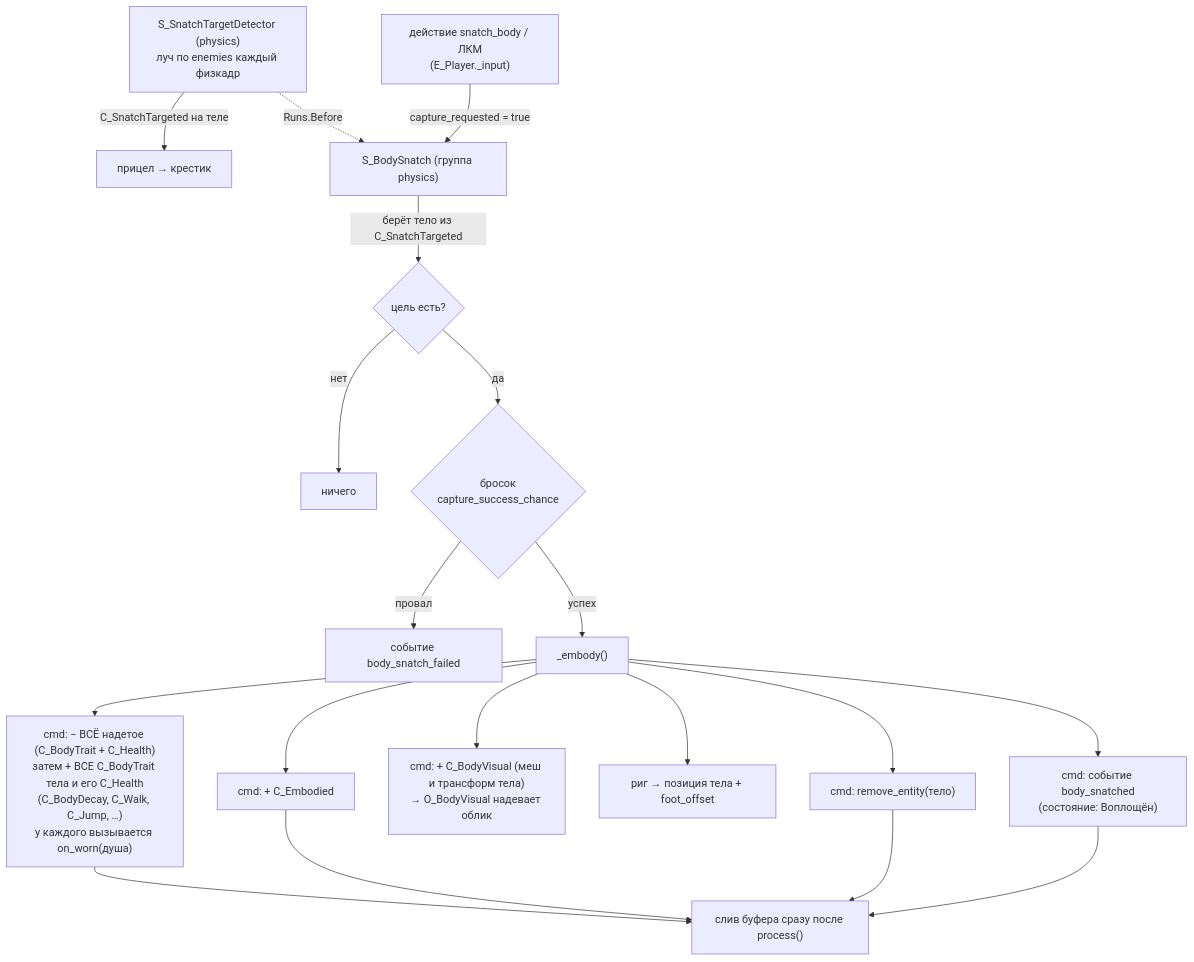
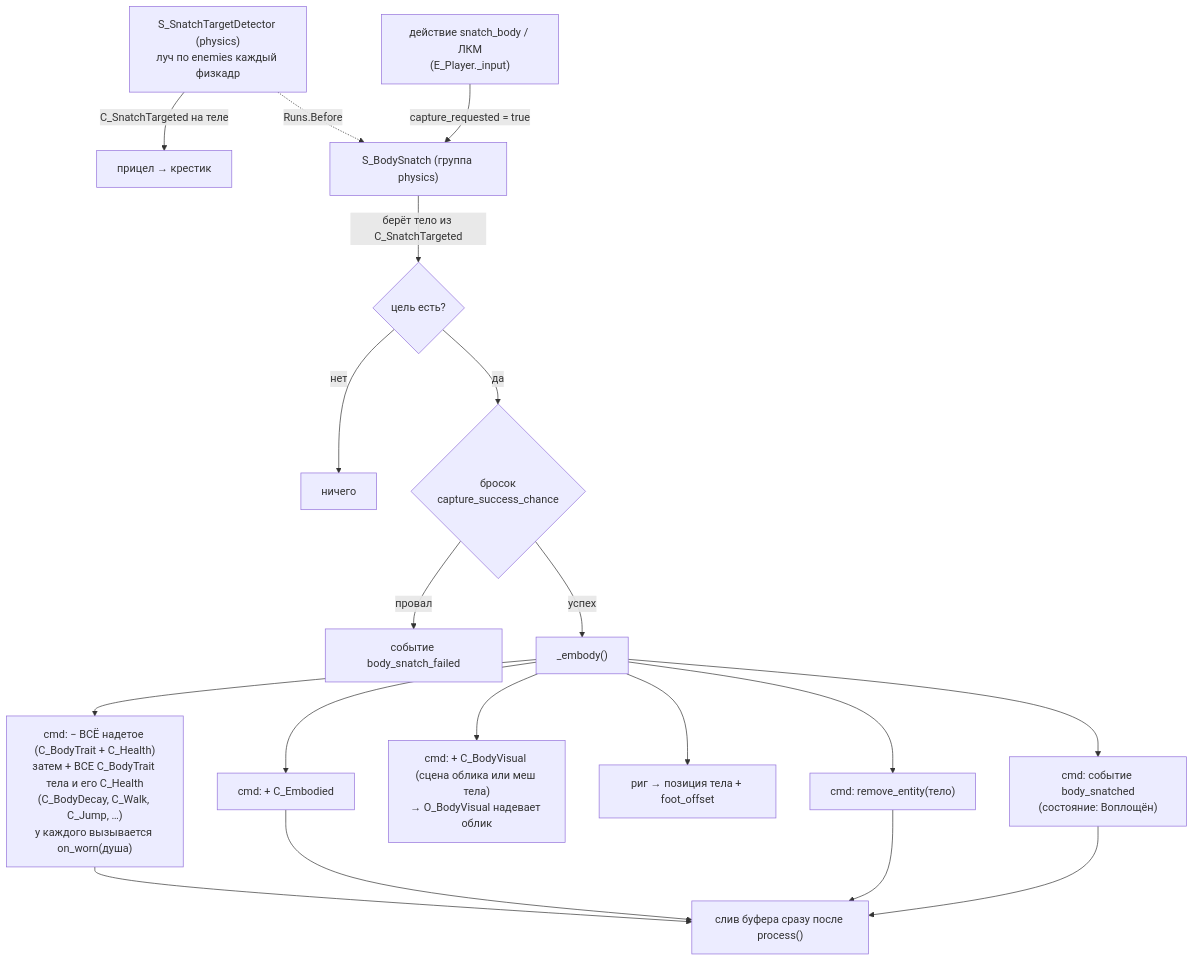
One commit to Manshooo/astral-genesis changed the first of 2 diagrams in docs/astral-genesis/how-to/Захват тела.md. Above: the diagram before and after it, drawn with Mermaid. The commit also changed other lines of this file and 49 other files, not shown here.

First line of the commit message:
Hound: облик на риге, анимации тела и камера в голове

````diff
--- a/docs/astral-genesis/how-to/Захват тела.md
+++ b/docs/astral-genesis/how-to/Захват тела.md
@@ -334,19 +334,19 @@
 ```mermaid
 flowchart TD
     det["S_SnatchTargetDetector (physics)<br/>луч по enemies каждый физкадр"] -->|"C_SnatchTargeted на теле"| cross["прицел → крестик"]
     lmb["действие snatch_body / ЛКМ<br/>(E_Player._input)"] -->|"capture_requested = true"| sbs["S_BodySnatch (группа physics)"]
     sbs -->|"берёт тело из C_SnatchTargeted"| hit{"цель есть?"}
     det -.->|"Runs.Before"| sbs
     hit -->|"нет"| idle["ничего"]
     hit -->|"да"| roll{"бросок<br/>capture_success_chance"}
     roll -->|"провал"| failed["событие body_snatch_failed"]
     roll -->|"успех"| embody["_embody()"]
 
     embody --> e1["cmd: − ВСЁ надетое (C_BodyTrait + C_Health)<br/>затем + ВСЕ C_BodyTrait тела и его C_Health<br/>(C_BodyDecay, C_Walk, C_Jump, …)<br/>у каждого вызывается on_worn(душа)"]
     embody --> e2["cmd: + C_Embodied"]
-    embody --> e2b["cmd: + C_BodyVisual (меш и трансформ тела)<br/>→ O_BodyVisual надевает облик"]
+    embody --> e2b["cmd: + C_BodyVisual (сцена облика или меш тела)<br/>→ O_BodyVisual надевает облик"]
     embody --> e4["риг → позиция тела + foot_offset"]
     embody --> e5["cmd: remove_entity(тело)"]
     embody --> done["cmd: событие body_snatched<br/>(состояние: Воплощён)"]
     e1 & e2 & e5 & done --> flush["слив буфера сразу после process()"]
 ```
````
